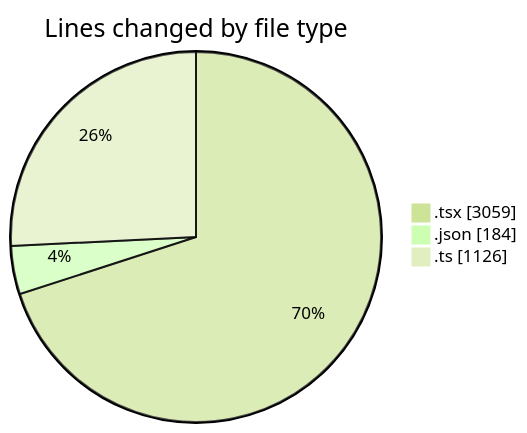
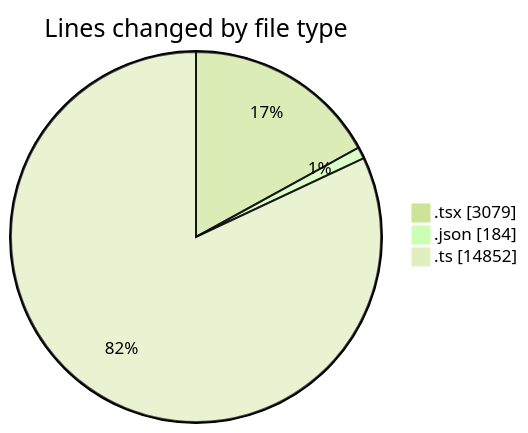
Before and after one commit to momahboobian/code-tracking: the first of 2 diagrams in 2025-11-21/cda/README.md, drawn with Mermaid (forest theme). The commit also changed other lines of this file and 1 other file, not shown here.

````diff
--- a/2025-11-21/cda/README.md
+++ b/2025-11-21/cda/README.md
@@ -27,7 +32,7 @@
 ```mermaid
 pie showData
 title Lines changed by file type
-".tsx" : 3059
+".tsx" : 3079
 ".json" : 184
-".ts" : 1126
+".ts" : 14852
 ```
````
